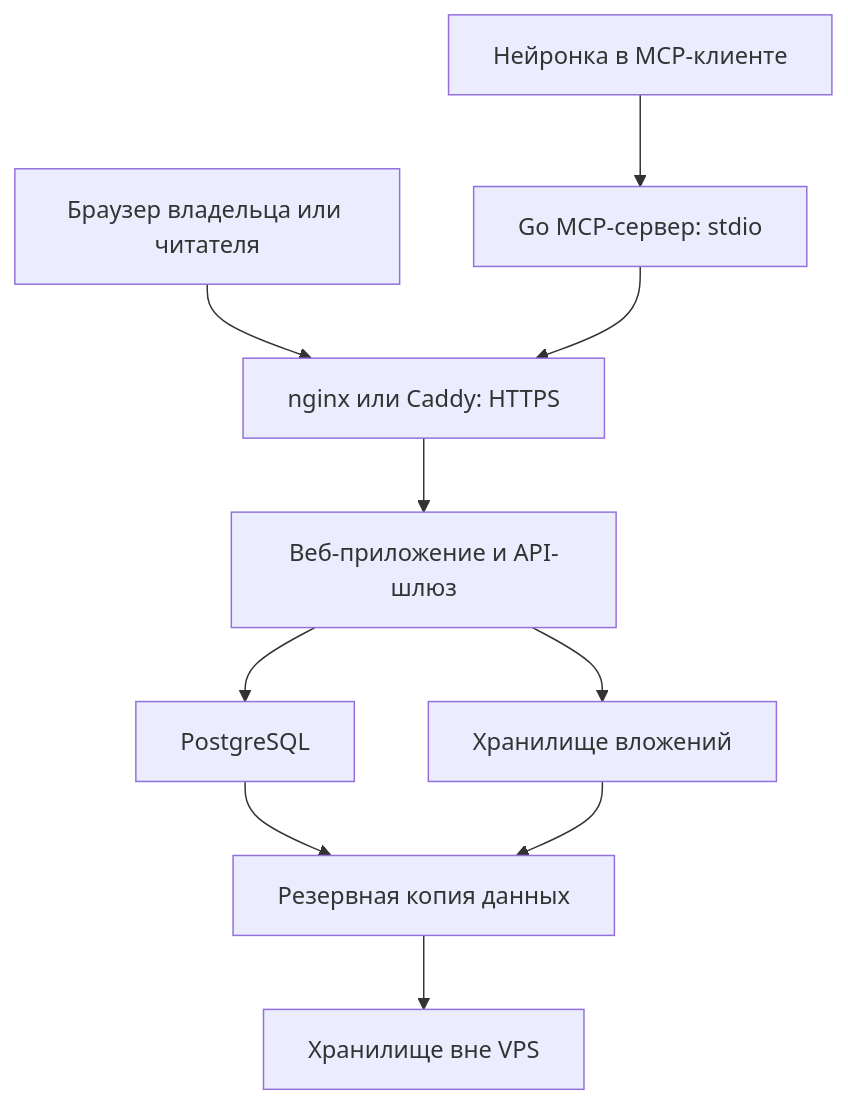
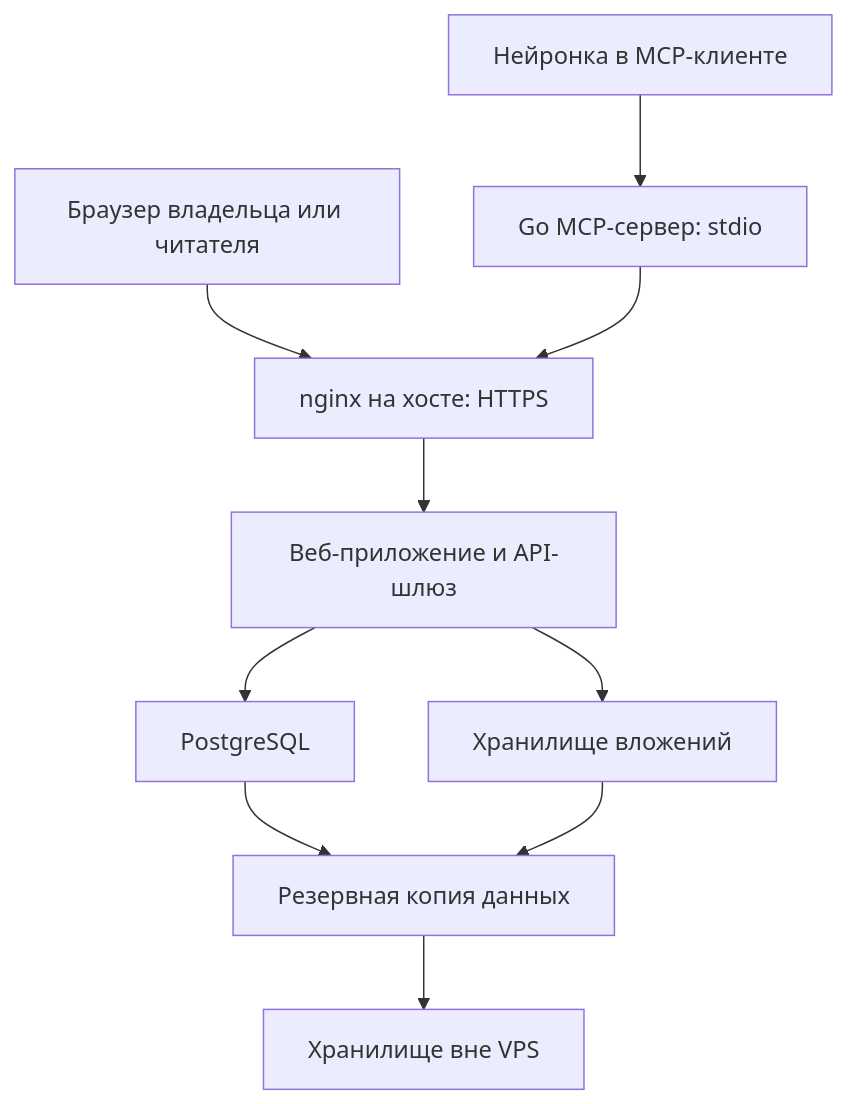
The diagram in SPEC.md (Awak3r/c0nspect), drawn with Mermaid before and after one commit. The commit also changed other lines of this file and 15 other files, not shown here.

````diff
--- a/SPEC.md
+++ b/SPEC.md
@@ -329,12 +329,12 @@
 ```mermaid
 flowchart TD
-    Browser[Браузер владельца или читателя] --> Proxy[nginx или Caddy: HTTPS]
+    Browser[Браузер владельца или читателя] --> Proxy[nginx на хосте: HTTPS]
     AI[Нейронка в MCP-клиенте] --> MCP[Go MCP-сервер: stdio]
     MCP --> Proxy
     Proxy --> App[Веб-приложение и API-шлюз]
     App --> DB[PostgreSQL]
     App --> Files[Хранилище вложений]
     DB --> Backup[Резервная копия данных]
     Files --> Backup
     Backup --> External[Хранилище вне VPS]
 ```
````
